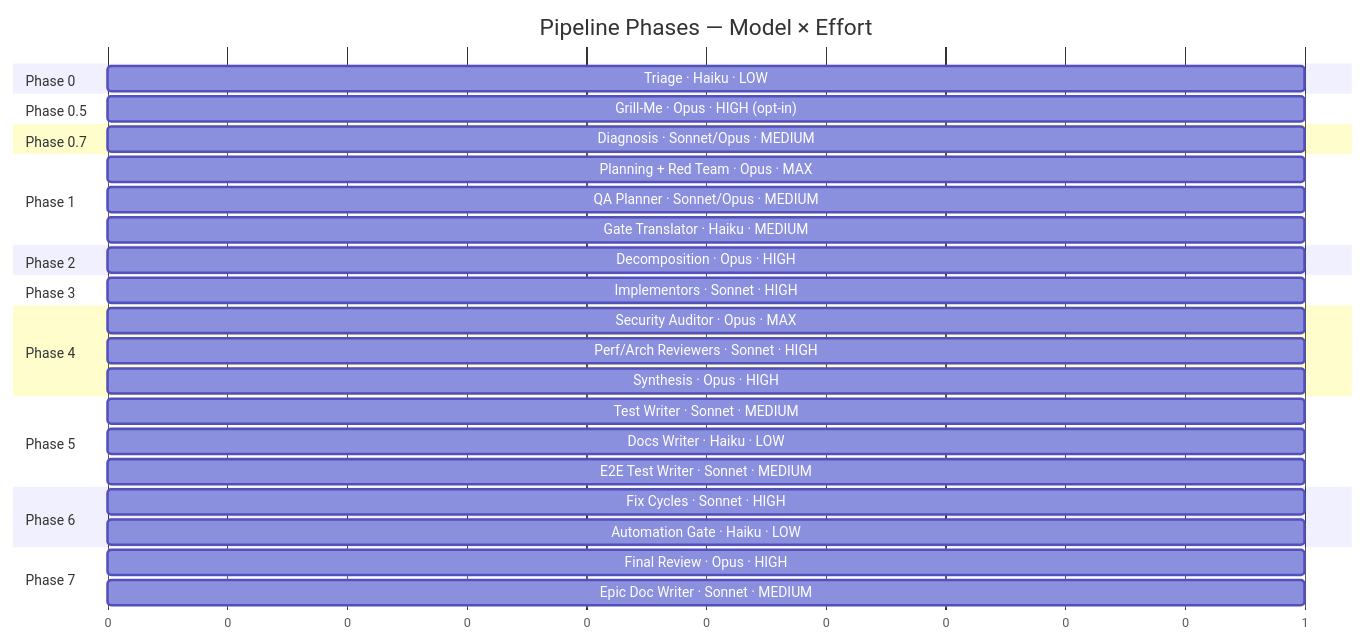
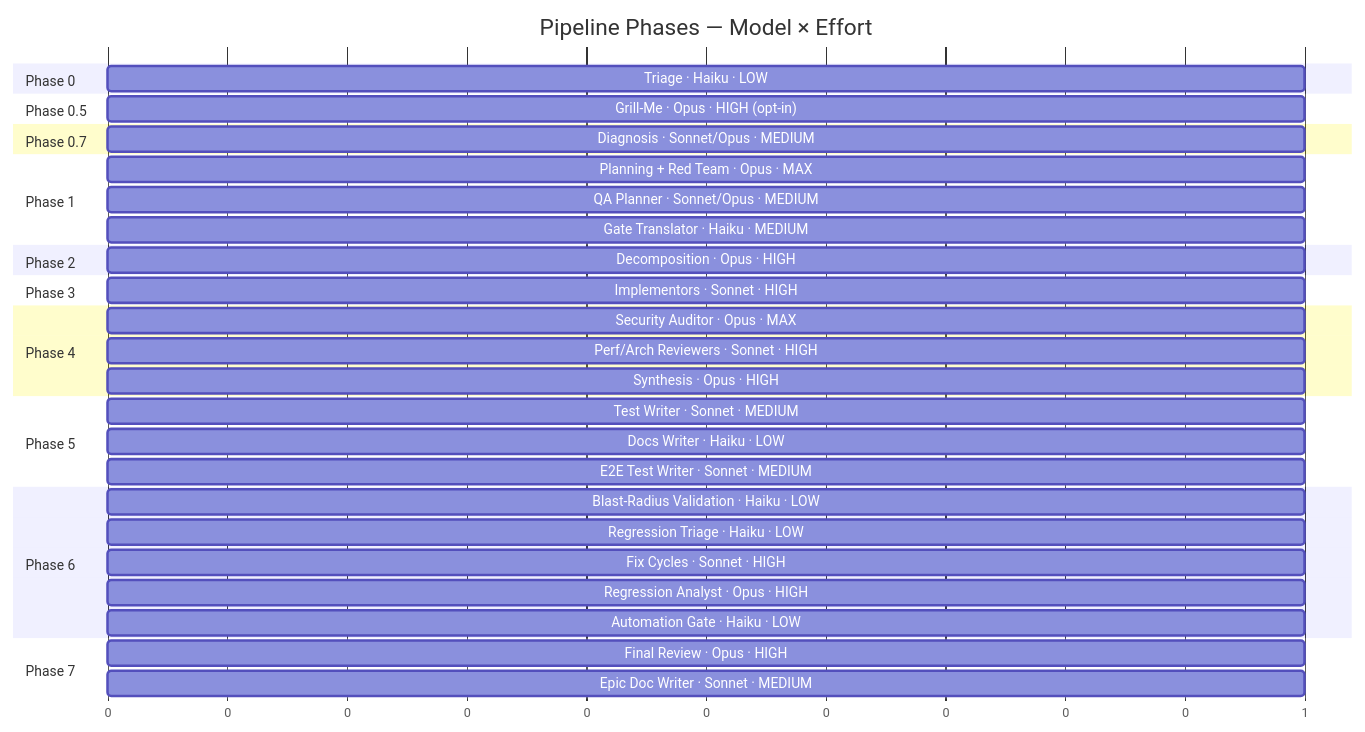
The second of 16 diagrams in docs/CLAUDE_WORKFLOW.md (RahulSunnyCS/sentryfront), drawn with Mermaid before and after one commit. The commit also changed other lines of this file and 3 other files, not shown here.

First line of the commit message:
feat: regression triage + blast-radius validation in Phase 6

````diff
--- a/docs/CLAUDE_WORKFLOW.md
+++ b/docs/CLAUDE_WORKFLOW.md
@@ -90,35 +99,38 @@
 ```mermaid
 gantt
     title Pipeline Phases — Model × Effort
     dateFormat X
     axisFormat %s
 
     section Phase 0
     Triage · Haiku · LOW              :0, 1
     section Phase 0.5
     Grill-Me · Opus · HIGH (opt-in)   :0, 1
     section Phase 0.7
     Diagnosis · Sonnet/Opus · MEDIUM  :0, 1
     section Phase 1
     Planning + Red Team · Opus · MAX  :0, 1
     QA Planner · Sonnet/Opus · MEDIUM :0, 1
     Gate Translator · Haiku · MEDIUM  :0, 1
     section Phase 2
     Decomposition · Opus · HIGH       :0, 1
     section Phase 3
     Implementors · Sonnet · HIGH      :0, 1
     section Phase 4
     Security Auditor · Opus · MAX     :0, 1
     Perf/Arch Reviewers · Sonnet · HIGH :0, 1
     Synthesis · Opus · HIGH           :0, 1
     section Phase 5
     Test Writer · Sonnet · MEDIUM     :0, 1
     Docs Writer · Haiku · LOW         :0, 1
     E2E Test Writer · Sonnet · MEDIUM :0, 1
     section Phase 6
+    Blast-Radius Validation · Haiku · LOW :0, 1
+    Regression Triage · Haiku · LOW   :0, 1
     Fix Cycles · Sonnet · HIGH        :0, 1
+    Regression Analyst · Opus · HIGH  :0, 1
     Automation Gate · Haiku · LOW     :0, 1
     section Phase 7
     Final Review · Opus · HIGH        :0, 1
     Epic Doc Writer · Sonnet · MEDIUM :0, 1
 ```
````
